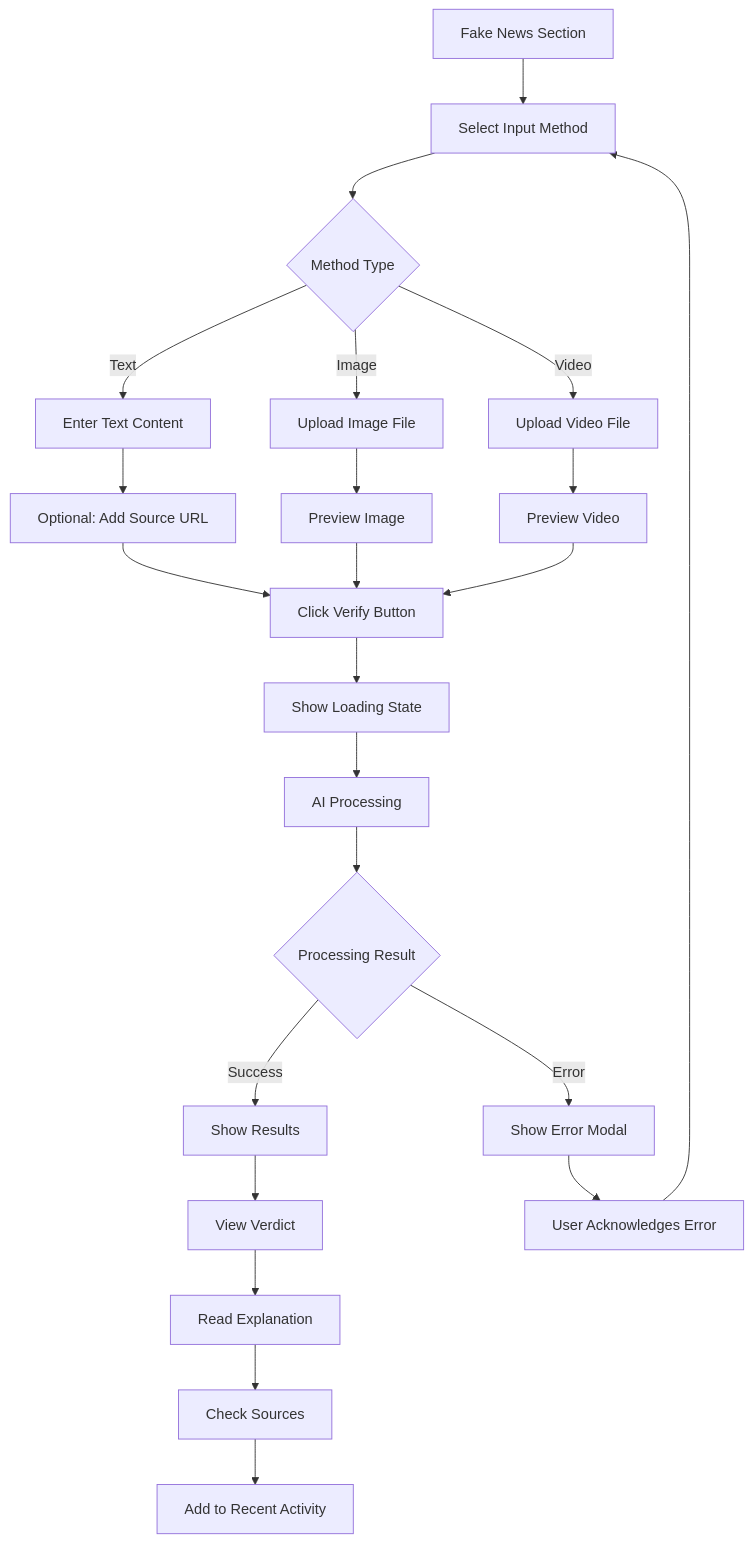
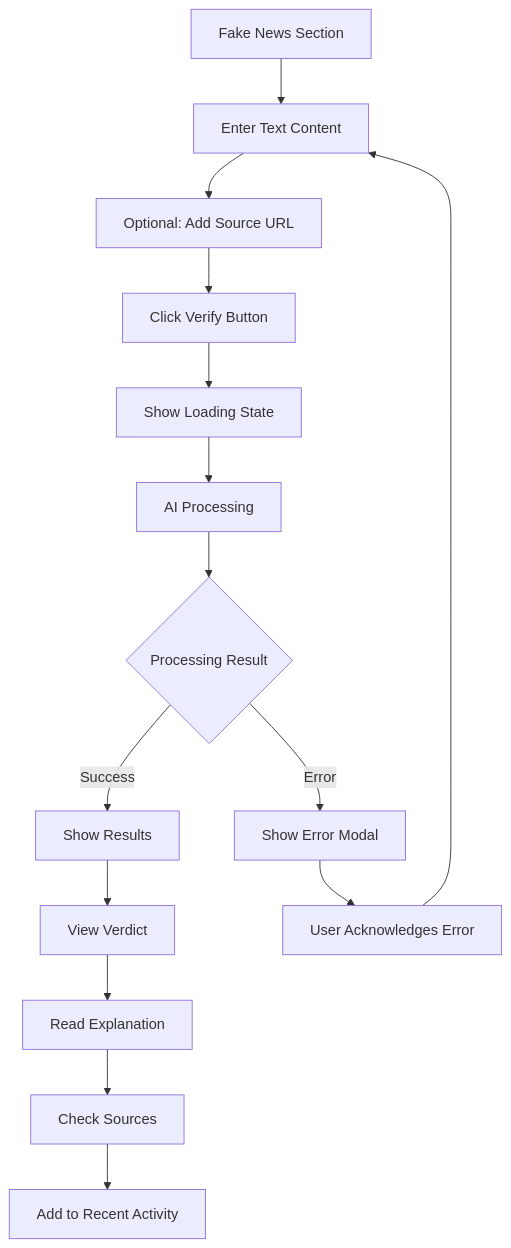
The third of 6 diagrams in USER-FLOW.md (Galarj/hackathon-try), drawn with Mermaid before and after one commit. The commit also changed other lines of this file and 3 other files, not shown here.

````diff
--- a/USER-FLOW.md
+++ b/USER-FLOW.md
@@ -114,32 +114,20 @@
 ```mermaid
 graph TB
-    A[Fake News Section] --> B[Select Input Method]
-    B --> C{Method Type}
+    A[Fake News Section] --> B[Enter Text Content]
+    B --> C[Optional: Add Source URL]
+    C --> D[Click Verify Button]
+    D --> E[Show Loading State]
+    E --> F[AI Processing]
+    F --> G{Processing Result}
     
-    C -->|Text| D[Enter Text Content]
-    C -->|Image| E[Upload Image File]
-    C -->|Video| F[Upload Video File]
+    G -->|Success| H[Show Results]
+    G -->|Error| I[Show Error Modal]
     
-    D --> G[Optional: Add Source URL]
-    E --> H[Preview Image]
-    F --> I[Preview Video]
+    H --> J[View Verdict]
+    J --> K[Read Explanation]
+    K --> L[Check Sources]
+    L --> M[Add to Recent Activity]
     
-    G --> J[Click Verify Button]
-    H --> J
-    I --> J
-    
-    J --> K[Show Loading State]
-    K --> L[AI Processing]
-    L --> M{Processing Result}
-    
-    M -->|Success| N[Show Results]
-    M -->|Error| O[Show Error Modal]
-    
-    N --> P[View Verdict]
-    P --> Q[Read Explanation]
-    Q --> R[Check Sources]
-    R --> S[Add to Recent Activity]
-    
-    O --> T[User Acknowledges Error]
-    T --> B
+    I --> N[User Acknowledges Error]
+    N --> B
 ```
````
